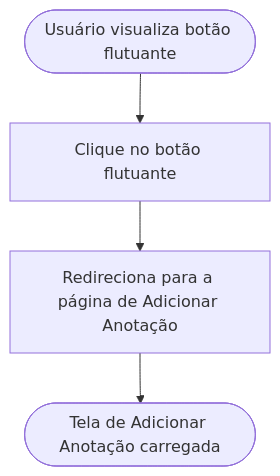
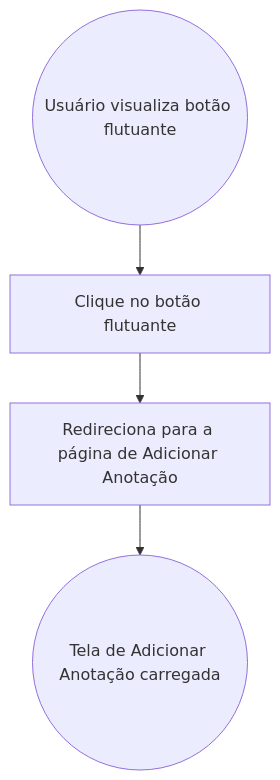
One commit to AsaphMoraes/AnotaAqui changed the sixth of 14 diagrams in CONTEXT.md. Above: the diagram before and after it, drawn with Mermaid. The commit also changed other lines of this file, not shown here.

````diff
--- a/CONTEXT.md
+++ b/CONTEXT.md
@@ -149,6 +158,6 @@
 ```mermaid
 flowchart TB
-    A([Usuário visualiza botão flutuante]) --> B[Clique no botão flutuante]
+    A((Usuário visualiza botão flutuante)) --> B[Clique no botão flutuante]
     B --> C[Redireciona para a página de Adicionar Anotação]
-    C --> D([Tela de Adicionar Anotação carregada])
+    C --> D((Tela de Adicionar Anotação carregada))
 ```
````
